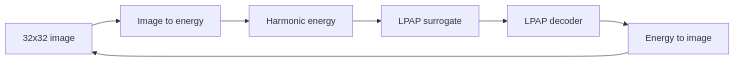
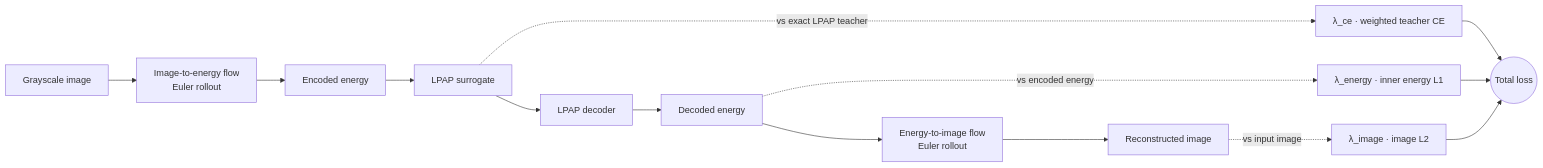
One commit to matovitch/lpap changed the first of 2 diagrams in README.md. Above: the diagram before and after it, drawn with Mermaid. The commit also changed other lines of this file and 3 other files, not shown here.

First line of the commit message:
docs: rework mermaid graphs and document the autoencoder loss

````diff
--- a/README.md
+++ b/README.md
@@ -13,7 +17,18 @@
 ```mermaid
 flowchart LR
-    image[32x32 image] --> image_to_energy[Image to energy]
-    image_to_energy --> harmonics[Harmonic energy]
-    harmonics --> surrogate[LPAP surrogate] --> decoder[LPAP decoder]
-    decoder --> energy_to_image[Energy to image] --> image
+    img[Grayscale image] --> i2e[Image-to-energy flow<br/>Euler rollout]
+    i2e --> enc[Encoded energy]
+    enc --> sur[LPAP surrogate]
+    sur --> dec[LPAP decoder]
+    dec --> den[Decoded energy]
+    den --> e2i[Energy-to-image flow<br/>Euler rollout]
+    e2i --> rec[Reconstructed image]
+
+    sur -. "vs exact LPAP teacher" .-> ce["λ_ce · weighted teacher CE"]
+    den -. "vs encoded energy" .-> el1["λ_energy · inner energy L1"]
+    rec -. "vs input image" .-> il2["λ_image · image L2"]
+
+    ce --> total((Total loss))
+    el1 --> total
+    il2 --> total
 ```
````
